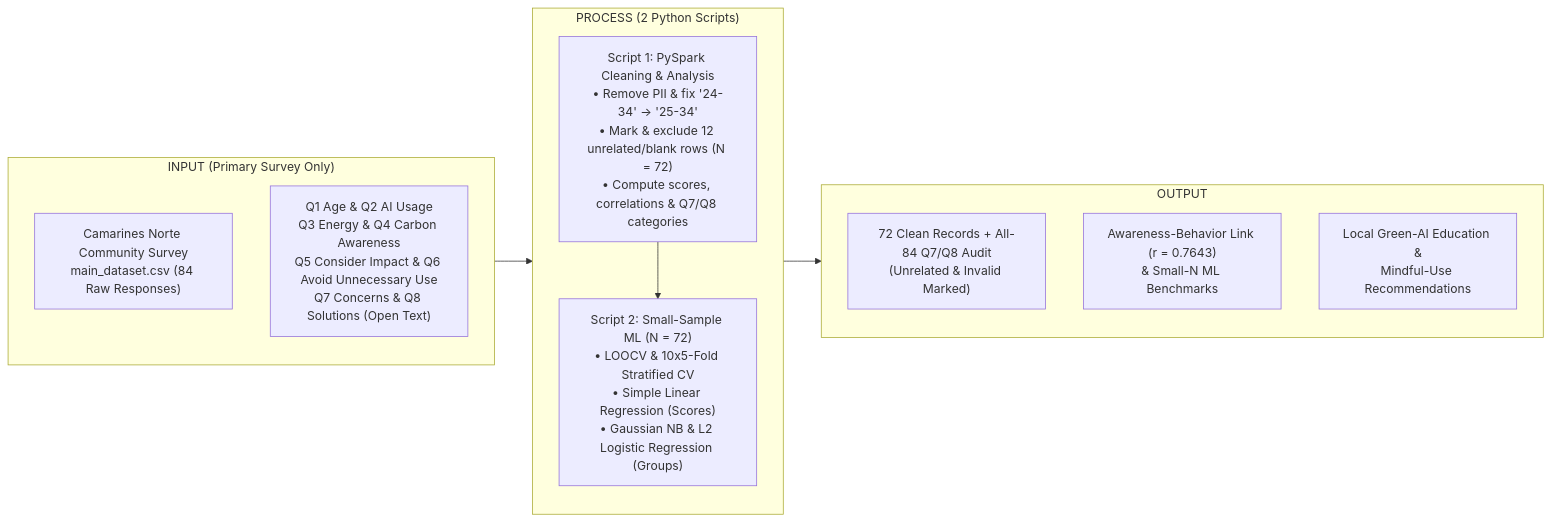
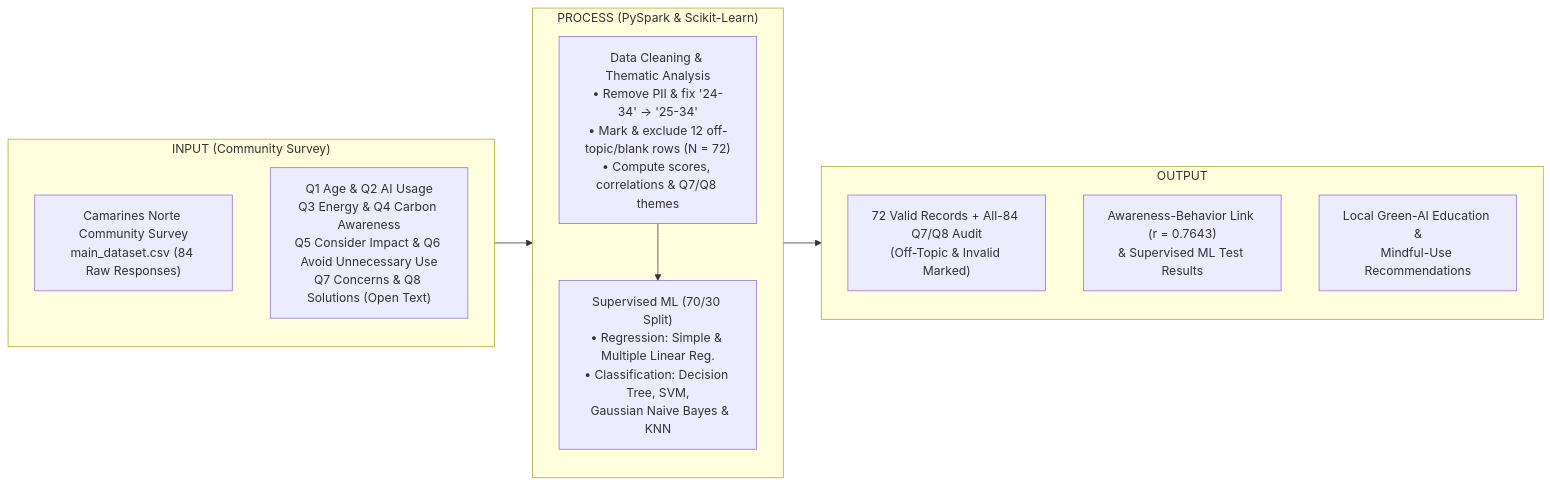
The diagram in dsa_final/docs/Chapter_1_Introduction.md (User-Suuro/dsa-repo), drawn with Mermaid before and after one commit. The commit also changed other lines of this file and 24 other files, not shown here.

````diff
--- a/dsa_final/docs/Chapter_1_Introduction.md
+++ b/dsa_final/docs/Chapter_1_Introduction.md
@@ -49,21 +49,21 @@
 ```mermaid
 flowchart LR
-    subgraph INPUT["INPUT (Primary Survey Only)"]
+    subgraph INPUT["INPUT (Community Survey)"]
         I1["Camarines Norte Community Survey\nmain_dataset.csv (84 Raw Responses)"]
         I2["Q1 Age & Q2 AI Usage\nQ3 Energy & Q4 Carbon Awareness\nQ5 Consider Impact & Q6 Avoid Unnecessary Use\nQ7 Concerns & Q8 Solutions (Open Text)"]
     end
 
-    subgraph PROCESS["PROCESS (2 Python Scripts)"]
-        P1["Script 1: PySpark Cleaning & Analysis\n• Remove PII & fix '24-34' -> '25-34'\n• Mark & exclude 12 unrelated/blank rows (N = 72)\n• Compute scores, correlations & Q7/Q8 categories"]
-        P2["Script 2: Small-Sample ML (N = 72)\n• LOOCV & 10x5-Fold Stratified CV\n• Simple Linear Regression (Scores)\n• Gaussian NB & L2 Logistic Regression (Groups)"]
+    subgraph PROCESS["PROCESS (PySpark & Scikit-Learn)"]
+        P1["Data Cleaning & Thematic Analysis\n• Remove PII & fix '24-34' -> '25-34'\n• Mark & exclude 12 off-topic/blank rows (N = 72)\n• Compute scores, correlations & Q7/Q8 themes"]
+        P2["Supervised ML (70/30 Split)\n• Regression: Simple & Multiple Linear Reg.\n• Classification: Decision Tree, SVM,\n  Gaussian Naive Bayes & KNN"]
         P1 --> P2
     end
 
     subgraph OUTPUT["OUTPUT"]
-        O1["72 Clean Records + All-84 Q7/Q8 Audit\n(Unrelated & Invalid Marked)"]
-        O2["Awareness-Behavior Link (r = 0.7643)\n& Small-N ML Benchmarks"]
+        O1["72 Valid Records + All-84 Q7/Q8 Audit\n(Off-Topic & Invalid Marked)"]
+        O2["Awareness-Behavior Link (r = 0.7643)\n& Supervised ML Test Results"]
         O3["Local Green-AI Education &\nMindful-Use Recommendations"]
     end
 
     INPUT --> PROCESS --> OUTPUT
 ```
````
